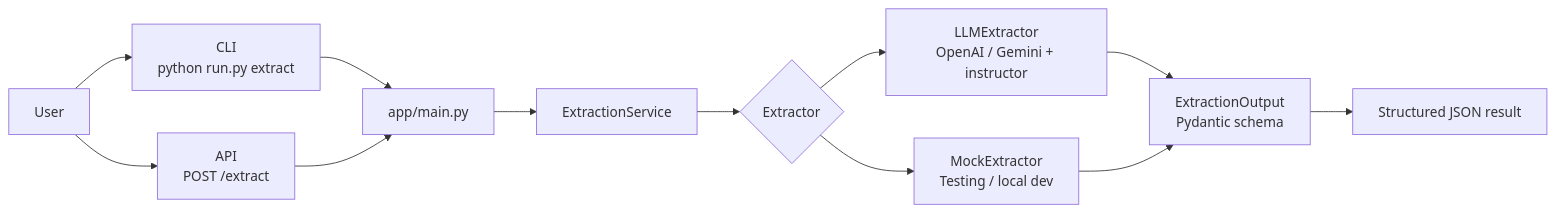
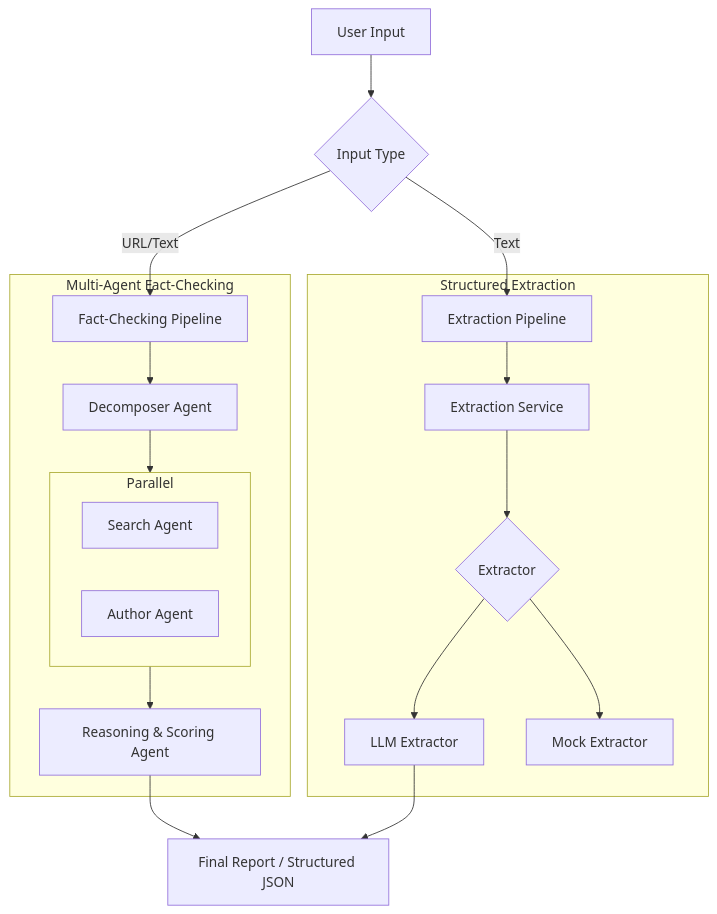
The first of 2 diagrams in README.md (iknowyou122/ai-fast-track), drawn with Mermaid before and after one commit. The commit also changed other lines of this file, not shown here.

````diff
--- a/README.md
+++ b/README.md
@@ -59,18 +29,26 @@
 ```mermaid
-flowchart LR
-  USER[User] --> CLI[CLI\npython run.py extract]
-  USER --> API[API\nPOST /extract]
+graph TD
+    User[User Input] --> Router{Input Type}
+    Router -- URL/Text --> FactCheck[Fact-Checking Pipeline]
+    Router -- Text --> Extraction[Extraction Pipeline]
 
-  CLI --> MAIN[app/main.py]
-  API --> MAIN
+    subgraph FactCheckAgent [Multi-Agent Fact-Checking]
+        FactCheck --> Decomposer[Decomposer Agent]
+        Decomposer --> Parallel[Parallel Workers]
+        subgraph Parallel
+            Search[Search Agent]
+            Author[Author Agent]
+        end
+        Parallel --> Reasoning[Reasoning & Scoring Agent]
+    end
 
-  MAIN --> SERVICE[ExtractionService]
-  SERVICE --> EXTRACTOR{Extractor}
+    subgraph ExtractionEngine [Structured Extraction]
+        Extraction --> Service[Extraction Service]
+        Service --> Extractor{Extractor}
+        Extractor --> LLM[LLM Extractor]
+        Extractor --> Mock[Mock Extractor]
+    end
 
-  EXTRACTOR --> LLM[LLMExtractor\nOpenAI / Gemini + instructor]
-  EXTRACTOR --> MOCK[MockExtractor\nTesting / local dev]
-
-  LLM --> SCHEMA[ExtractionOutput\nPydantic schema]
-  MOCK --> SCHEMA
-  SCHEMA --> JSON[Structured JSON result]
+    Reasoning --> Output[Final Report / Structured JSON]
+    LLM --> Output
 ```
````
